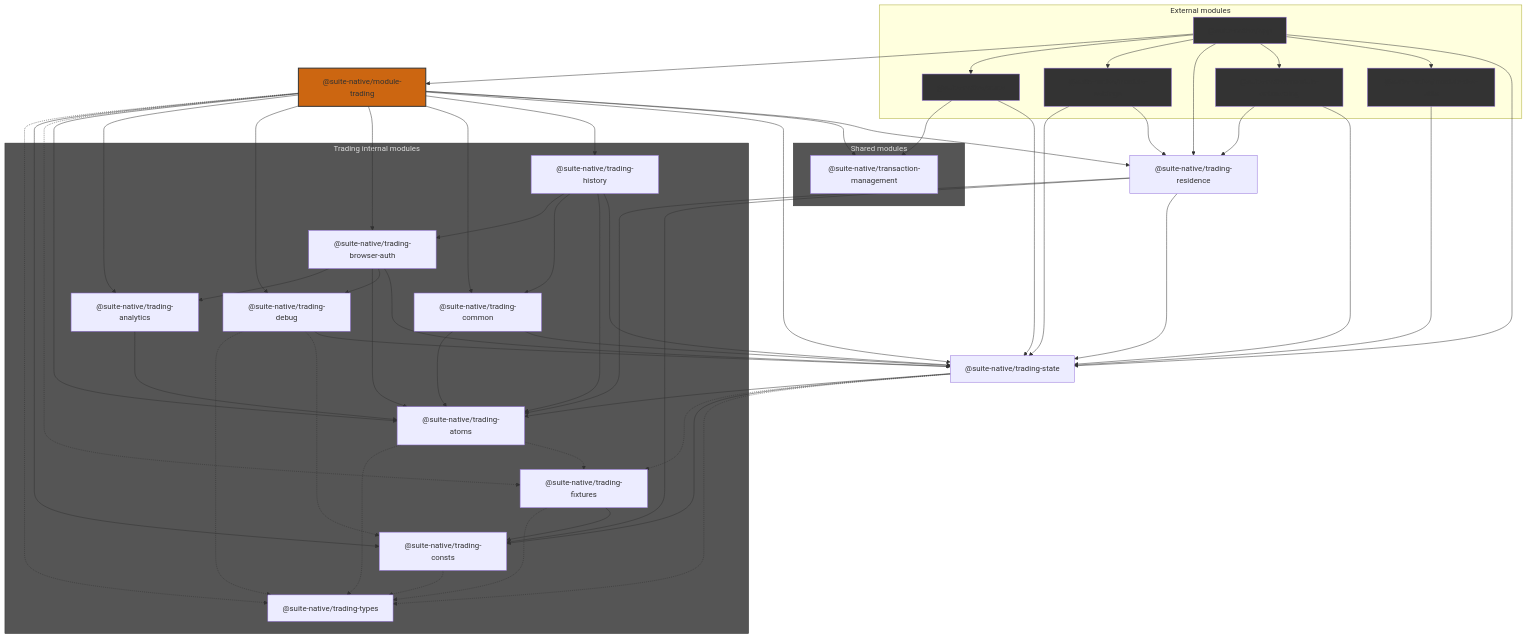
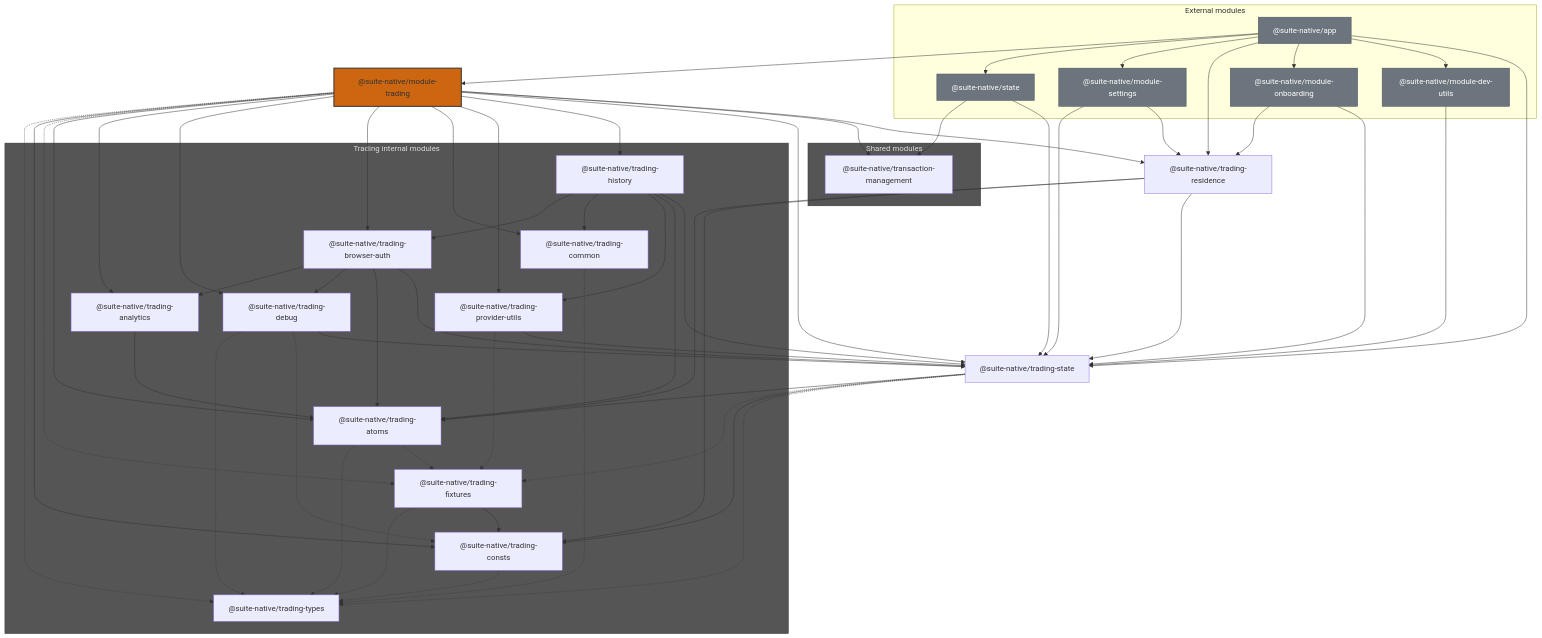
The diagram in suite-native/module-trading/README.md (sneurlax/trezor-suite), drawn with Mermaid before and after one commit. The commit also changed other lines of this file and 31 other files, not shown here.

Commit message:
chore(suite-native): Introduce trading-provider-utils package

```diff
--- a/suite-native/module-trading/README.md
+++ b/suite-native/module-trading/README.md
@@ -64,6 +68,7 @@
     subgraph trading-internal["Trading internal modules"]
         trading-history["@suite-native/trading-history"]
         trading-common["@suite-native/trading-common"]
+        trading-provider-utils["@suite-native/trading-provider-utils"]
         trading-atoms["@suite-native/trading-atoms"]
         trading-analytics["@suite-native/trading-analytics"]
         trading-browser-auth["@suite-native/trading-browser-auth"]
@@ -98,19 +103,22 @@
     module-trading --> trading-debug
     module-trading --> trading-browser-auth
     module-trading --> trading-common
+    module-trading --> trading-provider-utils
     module-trading --> trading-history
     module-trading --> trading-state
     module-trading --> transaction-management
     module-trading --> trading-residence
     trading-history --> trading-browser-auth
     trading-history --> trading-common
+    trading-history --> trading-provider-utils
     trading-history --> trading-atoms
     trading-history --> trading-state
-    trading-common --> trading-atoms
-    trading-common --> trading-state
+    trading-common -.-> trading-types
+    trading-provider-utils -.-> trading-fixtures
+    trading-provider-utils --> trading-state
     trading-browser-auth --> trading-analytics
+    trading-browser-auth --> trading-debug
     trading-browser-auth --> trading-atoms
-    trading-browser-auth --> trading-debug
     trading-browser-auth --> trading-state
     trading-analytics --> trading-atoms
     trading-residence --> trading-state
@@ -129,7 +137,7 @@
     trading-fixtures --> trading-consts
     trading-consts -.-> trading-types
 
-    classDef outer fill: #333
+    classDef outer fill: #6c757d, color: #fff, stroke: #495057
     classDef trading-root fill: #c61, stroke: #333, stroke-width: 2px
     classDef trading-group fill: #555, stroke: #333, color: #ddd
     class app,module-dev-utils,module-onboarding,module-settings,state outer
```
